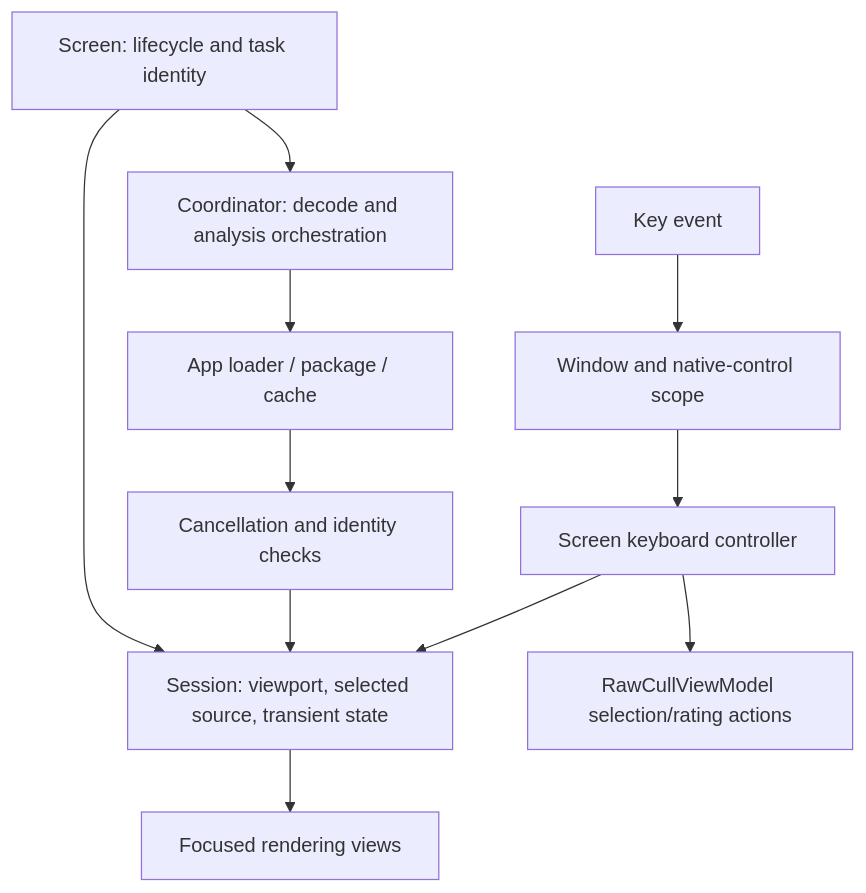
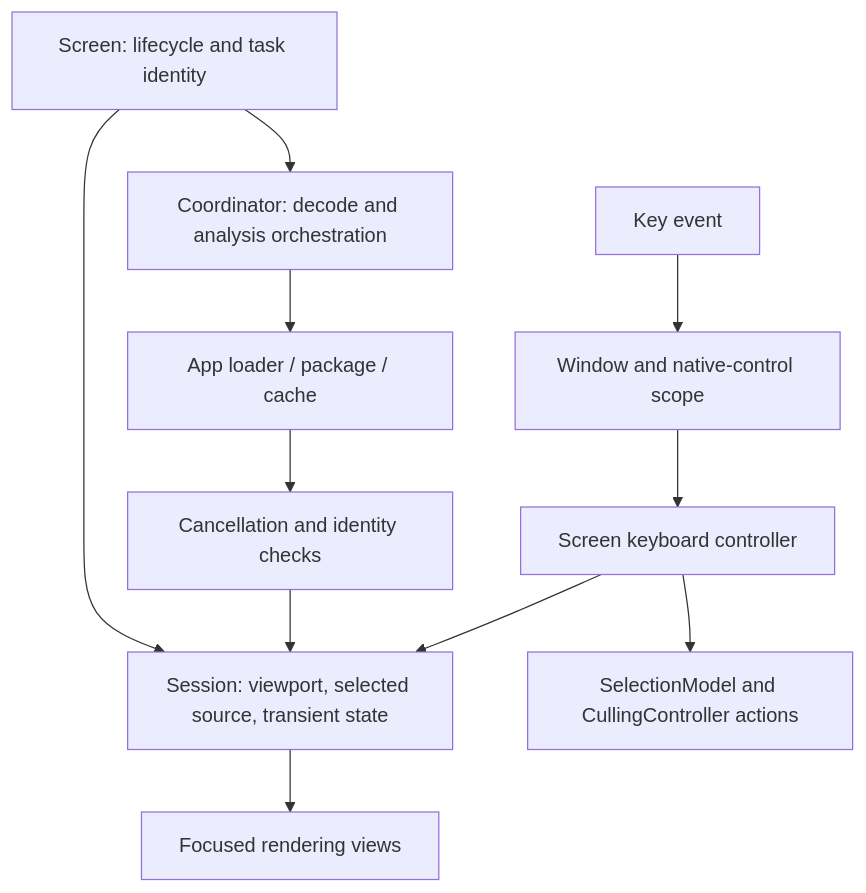
One commit to rsyncOSX/TechDocRawcull changed the diagram in content/en/docs/viewer-architecture.md. Above: the diagram before and after it, drawn with Mermaid. The commit also changed other lines of this file and 41 other files, not shown here.

````diff
--- a/content/en/docs/viewer-architecture.md
+++ b/content/en/docs/viewer-architecture.md
@@ -41,13 +41,13 @@
 ```mermaid
 flowchart TD
     Screen["Screen: lifecycle and task identity"] --> Session["Session: viewport, selected source, transient state"]
     Screen --> Coordinator["Coordinator: decode and analysis orchestration"]
     Coordinator --> Loader["App loader / package / cache"]
     Loader --> Publish["Cancellation and identity checks"]
     Publish --> Session
     Session --> Sections["Focused rendering views"]
     Event["Key event"] --> Scope["Window and native-control scope"]
     Scope --> Controller["Screen keyboard controller"]
     Controller --> Session
-    Controller --> Actions["RawCullViewModel selection/rating actions"]
+    Controller --> Actions["SelectionModel and CullingController actions"]
 ```
````
